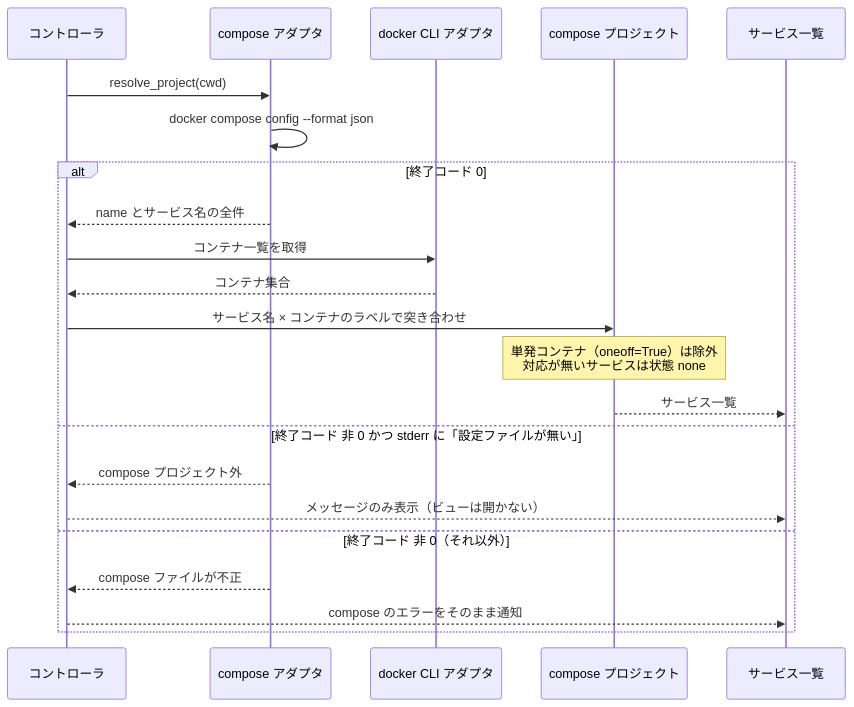
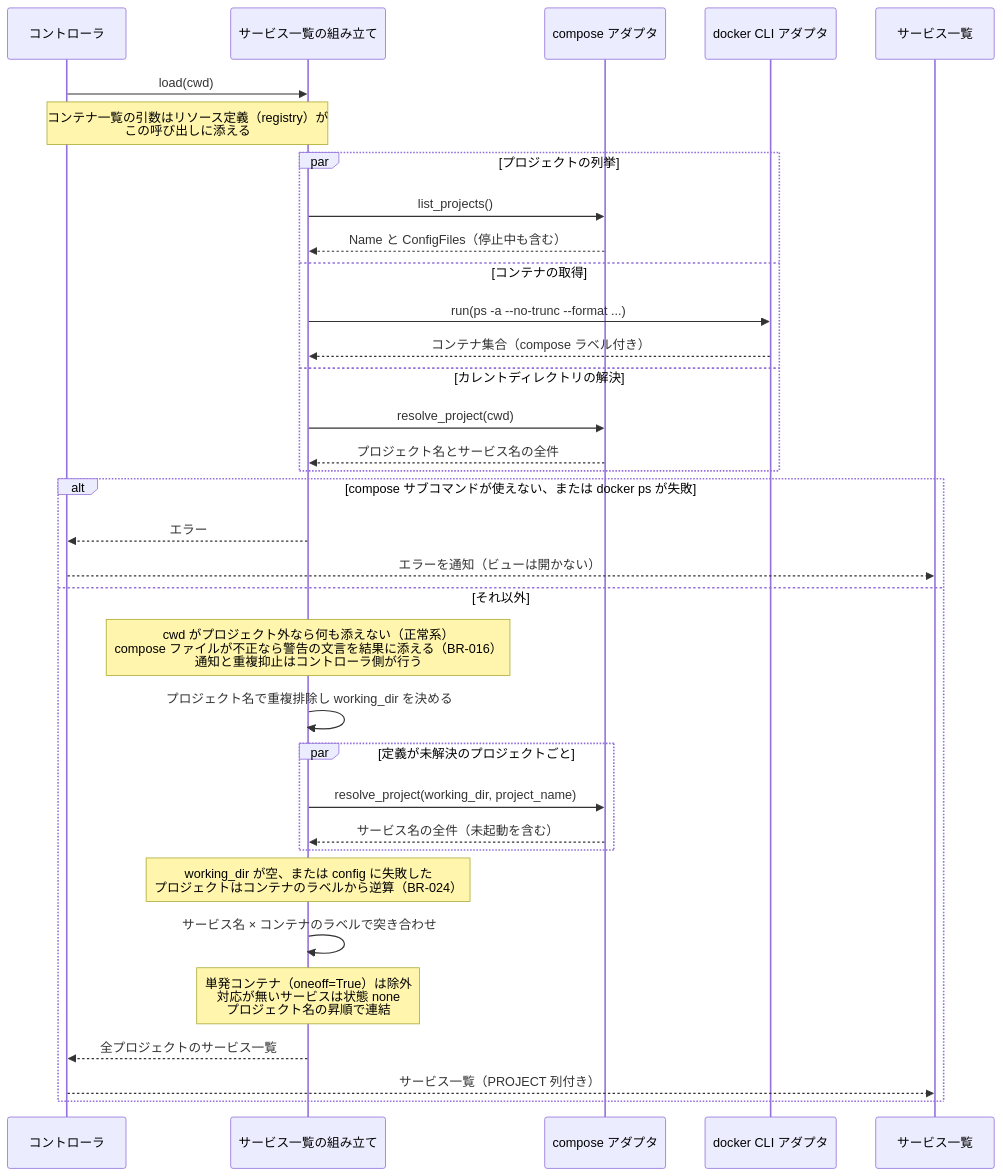
The third of 4 diagrams in docs/DESIGN_DETAIL_APP.md (skanehira/docker.nvim), drawn with Mermaid before and after one commit. The commit also changed other lines of this file and 7 other files, not shown here.

````diff
--- a/docs/DESIGN_DETAIL_APP.md
+++ b/docs/DESIGN_DETAIL_APP.md
@@ -539,26 +636,39 @@
 ```mermaid
 sequenceDiagram
     participant Ctrl as コントローラ
+    participant Loader as サービス一覧の組み立て
     participant CP as compose アダプタ
     participant CLI as docker CLI アダプタ
-    participant Proj as compose プロジェクト
     participant View as サービス一覧
 
-    Ctrl->>CP: resolve_project(cwd)
-    CP->>CP: docker compose config --format json
+    Ctrl->>Loader: load(cwd)
+    Note over Ctrl,Loader: コンテナ一覧の引数はリソース定義（registry）が<br/>この呼び出しに添える
 
-    alt 終了コード 0
-        CP-->>Ctrl: name とサービス名の全件
-        Ctrl->>CLI: コンテナ一覧を取得
-        CLI-->>Ctrl: コンテナ集合
-        Ctrl->>Proj: サービス名 × コンテナのラベルで突き合わせ
-        Note over Proj: 単発コンテナ（oneoff=True）は除外<br/>対応が無いサービスは状態 none
-        Proj-->>View: サービス一覧
-    else 終了コード 非 0 かつ stderr に「設定ファイルが無い」
-        CP-->>Ctrl: compose プロジェクト外
-        Ctrl-->>View: メッセージのみ表示（ビューは開かない）
-    else 終了コード 非 0（それ以外）
-        CP-->>Ctrl: compose ファイルが不正
-        Ctrl-->>View: compose のエラーをそのまま通知
+    par プロジェクトの列挙
+        Loader->>CP: list_projects()
+        CP-->>Loader: Name と ConfigFiles（停止中も含む）
+    and コンテナの取得
+        Loader->>CLI: run(ps -a --no-trunc --format ...)
+        CLI-->>Loader: コンテナ集合（compose ラベル付き）
+    and カレントディレクトリの解決
+        Loader->>CP: resolve_project(cwd)
+        CP-->>Loader: プロジェクト名とサービス名の全件
+    end
+
+    alt compose サブコマンドが使えない、または docker ps が失敗
+        Loader-->>Ctrl: エラー
+        Ctrl-->>View: エラーを通知（ビューは開かない）
+    else それ以外
+        Note over Loader: cwd がプロジェクト外なら何も添えない（正常系）<br/>compose ファイルが不正なら警告の文言を結果に添える（BR-016）<br/>通知と重複抑止はコントローラ側が行う
+        Loader->>Loader: プロジェクト名で重複排除し working_dir を決める
+        par 定義が未解決のプロジェクトごと
+            Loader->>CP: resolve_project(working_dir, project_name)
+            CP-->>Loader: サービス名の全件（未起動を含む）
+        end
+        Note over Loader: working_dir が空、または config に失敗した<br/>プロジェクトはコンテナのラベルから逆算（BR-024）
+        Loader->>Loader: サービス名 × コンテナのラベルで突き合わせ
+        Note over Loader: 単発コンテナ（oneoff=True）は除外<br/>対応が無いサービスは状態 none<br/>プロジェクト名の昇順で連結
+        Loader-->>Ctrl: 全プロジェクトのサービス一覧
+        Ctrl-->>View: サービス一覧（PROJECT 列付き）
     end
 ```
````
